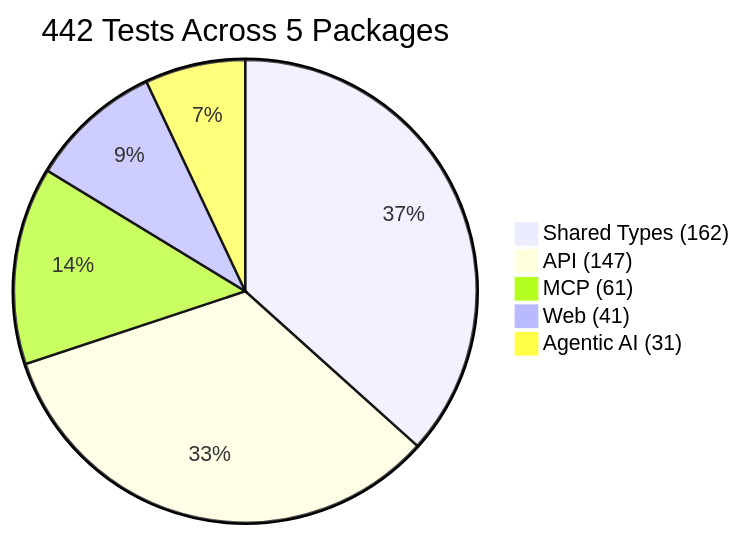
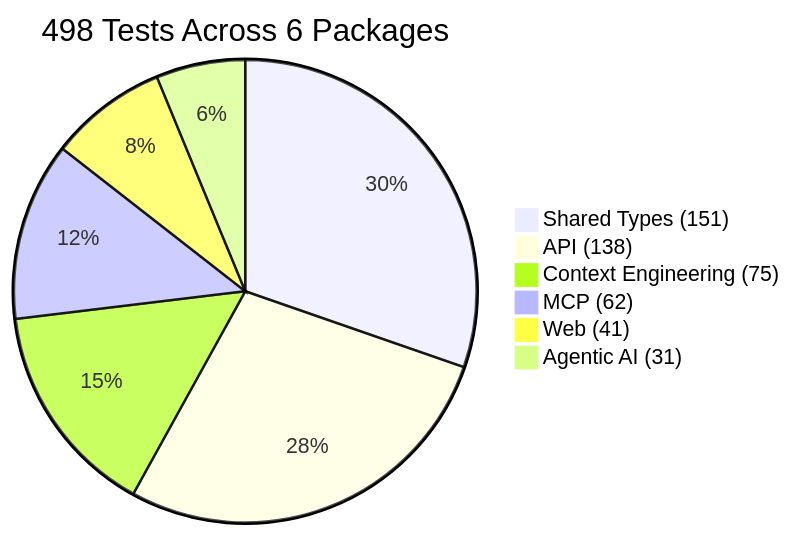
One commit to hoangsonww/WealthWise-Finance-Tracker changed the seventh of 7 diagrams in README.md. Above: the diagram before and after it, drawn with Mermaid. The commit also changed other lines of this file and 50 other files, not shown here.

Commit message:
feat(context): enhance context integration for user-specific financial prompts and architecture documentation

````diff
--- a/README.md
+++ b/README.md
@@ -833,8 +905,9 @@
 ```mermaid
-pie title 442 Tests Across 5 Packages
-    "Shared Types (162)" : 162
-    "API (147)" : 147
-    "MCP (61)" : 61
+pie title 498 Tests Across 6 Packages
+    "Shared Types (151)" : 151
+    "API (138)" : 138
+    "Context Engineering (75)" : 75
+    "MCP (62)" : 62
     "Web (41)" : 41
     "Agentic AI (31)" : 31
 ```
````
